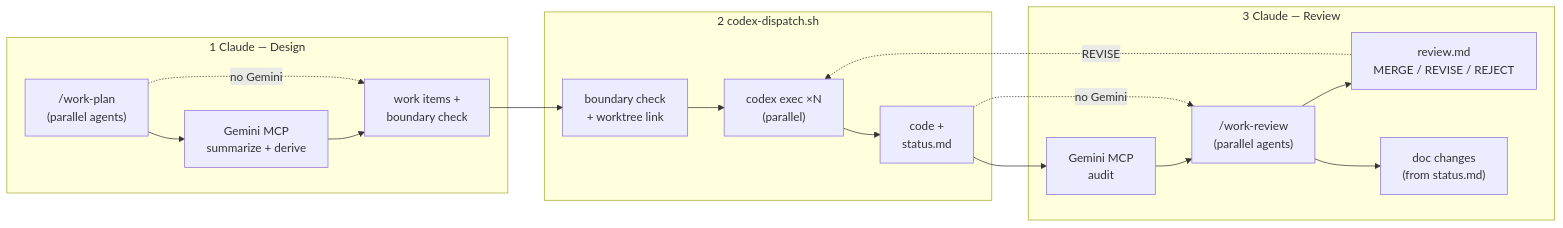
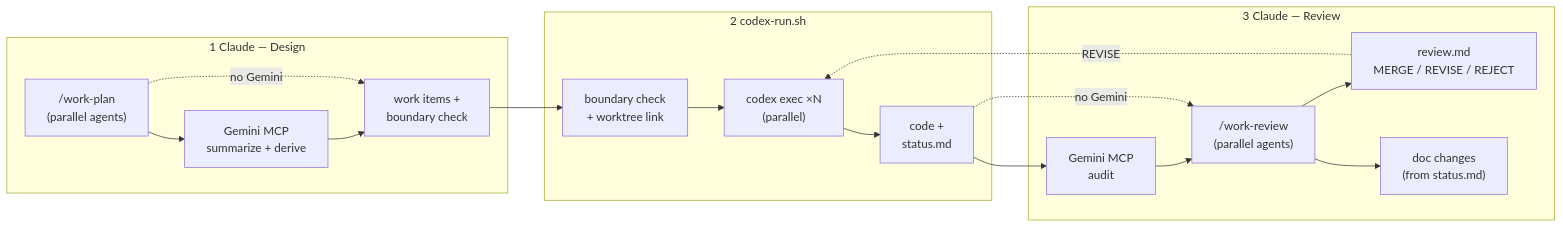
The first of 3 diagrams in docs/collab-workflow.md (aanna0701/claude-useful-instructions), drawn with Mermaid before and after one commit. The commit also changed other lines of this file and 8 other files, not shown here.

First line of the commit message:
refactor: rename codex-dispatch.sh to codex-run.sh

````diff
--- a/docs/collab-workflow.md
+++ b/docs/collab-workflow.md
@@ -36,24 +36,24 @@
 ```mermaid
 graph LR
     subgraph "1 Claude — Design"
         A["/work-plan\n(parallel agents)"] --> G1["Gemini MCP\nsummarize + derive"]
         G1 --> B["work items +\nboundary check"]
         A -.->|no Gemini| B
     end
 
-    subgraph "2 codex-dispatch.sh"
+    subgraph "2 codex-run.sh"
         B --> BC["boundary check\n+ worktree link"]
         BC --> D["codex exec ×N\n(parallel)"]
         D --> E["code +\nstatus.md"]
     end
 
     subgraph "3 Claude — Review"
         E --> G2["Gemini MCP\naudit"]
         G2 --> F["/work-review\n(parallel agents)"]
         E -.->|no Gemini| F
         F --> H["review.md\nMERGE / REVISE / REJECT"]
         F --> DOC["doc changes\n(from status.md)"]
     end
 
     H -.->|REVISE| D
 ```
````
